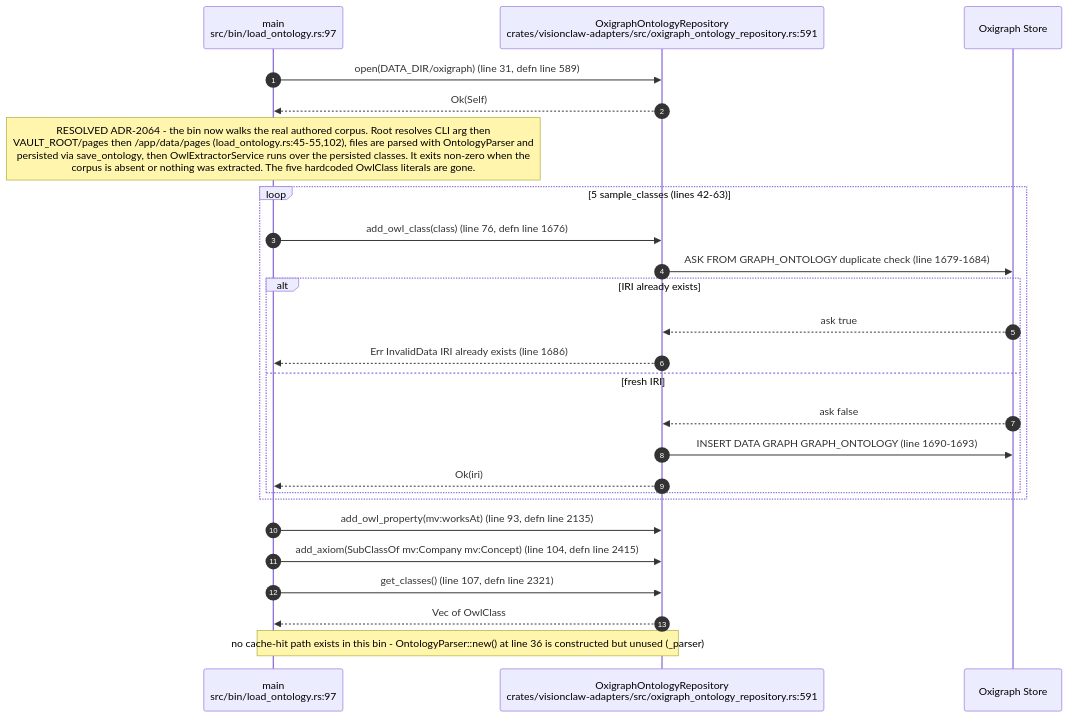
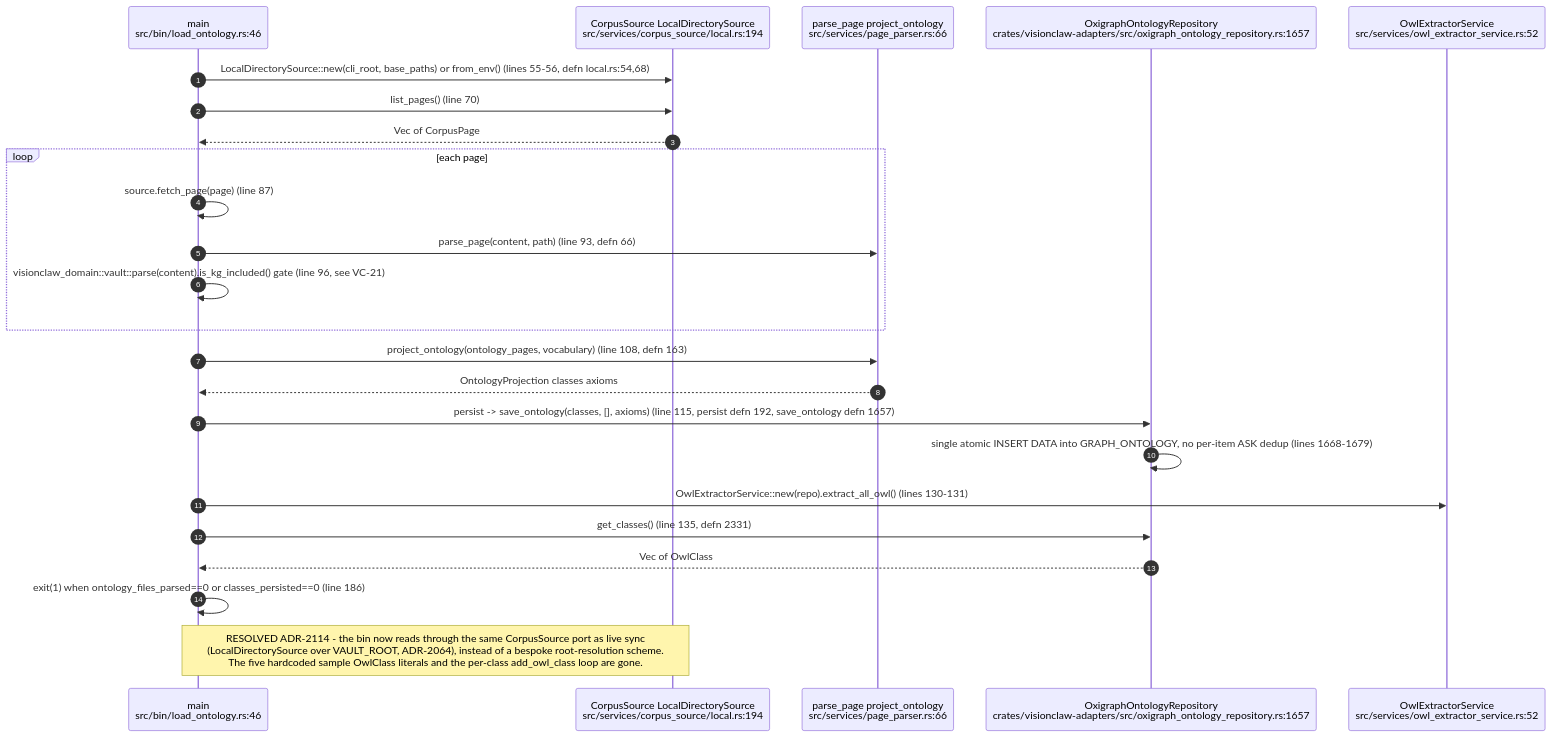
The first of 9 diagrams in docs/diagrams/visionclaw/20-ontology-pipeline-oxigraph-whelk.md (DreamLab-AI/VisionFlow), drawn with Mermaid before and after one commit. The commit also changed other lines of this file and 136 other files, not shown here.

First line of the commit message:
docs(diagrams): refresh the whole corpus to code HEAD and prune low-value diagrams

````diff
--- a/docs/diagrams/visionclaw/20-ontology-pipeline-oxigraph-whelk.md
+++ b/docs/diagrams/visionclaw/20-ontology-pipeline-oxigraph-whelk.md
@@ -46,28 +43,27 @@
 ```mermaid
 sequenceDiagram
     autonumber
-    participant Bin as main<br/>src/bin/load_ontology.rs:97
-    participant Repo as OxigraphOntologyRepository<br/>crates/visionclaw-adapters/src/oxigraph_ontology_repository.rs:591
-    participant Store as Oxigraph Store
+    participant Bin as main<br/>src/bin/load_ontology.rs:46
+    participant Src as CorpusSource LocalDirectorySource<br/>src/services/corpus_source/local.rs:194
+    participant Parser as parse_page project_ontology<br/>src/services/page_parser.rs:66
+    participant Repo as OxigraphOntologyRepository<br/>crates/visionclaw-adapters/src/oxigraph_ontology_repository.rs:1657
+    participant Extr as OwlExtractorService<br/>src/services/owl_extractor_service.rs:52
 
-    Bin->>Repo: open(DATA_DIR/oxigraph) (line 31, defn line 589)
-    Repo-->>Bin: Ok(Self)
-    Note over Bin: RESOLVED ADR-2064 - the bin now walks the real authored corpus. Root resolves CLI arg then<br/>VAULT_ROOT/pages then /app/data/pages (load_ontology.rs:45-55,102), files are parsed with OntologyParser and<br/>persisted via save_ontology, then OwlExtractorService runs over the persisted classes. It exits non-zero when the<br/>corpus is absent or nothing was extracted. The five hardcoded OwlClass literals are gone.
-    loop 5 sample_classes (lines 42-63)
-        Bin->>Repo: add_owl_class(class) (line 76, defn line 1676)
-        Repo->>Store: ASK FROM GRAPH_ONTOLOGY duplicate check (line 1679-1684)
-        alt IRI already exists
-            Store-->>Repo: ask true
-            Repo-->>Bin: Err InvalidData IRI already exists (line 1686)
-        else fresh IRI
-            Store-->>Repo: ask false
-            Repo->>Store: INSERT DATA GRAPH GRAPH_ONTOLOGY (line 1690-1693)
-            Repo-->>Bin: Ok(iri)
-        end
+    Bin->>Src: LocalDirectorySource::new(cli_root, base_paths) or from_env() (lines 55-56, defn local.rs:54,68)
+    Bin->>Src: list_pages() (line 70)
+    Src-->>Bin: Vec of CorpusPage
+    loop each page
+        Bin->>Bin: source.fetch_page(page) (line 87)
+        Bin->>Parser: parse_page(content, path) (line 93, defn 66)
+        Bin->>Bin: visionclaw_domain::vault::parse(content).is_kg_included() gate (line 96, see VC-21)
     end
-    Bin->>Repo: add_owl_property(mv:worksAt) (line 93, defn line 2135)
-    Bin->>Repo: add_axiom(SubClassOf mv:Company mv:Concept) (line 104, defn line 2415)
-    Bin->>Repo: get_classes() (line 107, defn line 2321)
+    Bin->>Parser: project_ontology(ontology_pages, vocabulary) (line 108, defn 163)
+    Parser-->>Bin: OntologyProjection classes axioms
+    Bin->>Repo: persist -> save_ontology(classes, [], axioms) (line 115, persist defn 192, save_ontology defn 1657)
+    Repo->>Repo: single atomic INSERT DATA into GRAPH_ONTOLOGY, no per-item ASK dedup (lines 1668-1679)
+    Bin->>Extr: OwlExtractorService::new(repo).extract_all_owl() (lines 130-131)
+    Bin->>Repo: get_classes() (line 135, defn 2331)
     Repo-->>Bin: Vec of OwlClass
-    Note over Bin,Repo: no cache-hit path exists in this bin - OntologyParser::new() at line 36 is constructed but unused (_parser)
+    Bin->>Bin: exit(1) when ontology_files_parsed==0 or classes_persisted==0 (line 186)
+    Note over Bin,Src: RESOLVED ADR-2114 - the bin now reads through the same CorpusSource port as live sync<br/>(LocalDirectorySource over VAULT_ROOT, ADR-2064), instead of a bespoke root-resolution scheme.<br/>The five hardcoded sample OwlClass literals and the per-class add_owl_class loop are gone.
 ```
````
